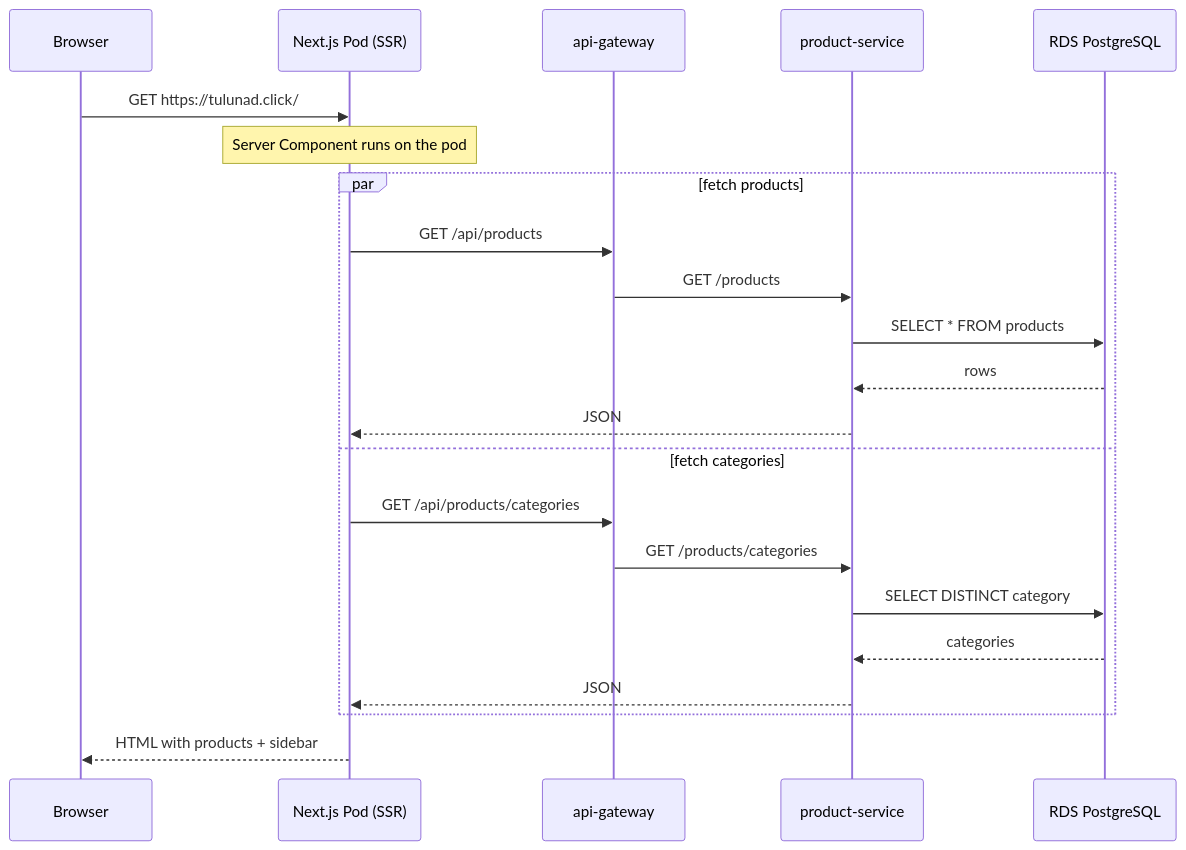
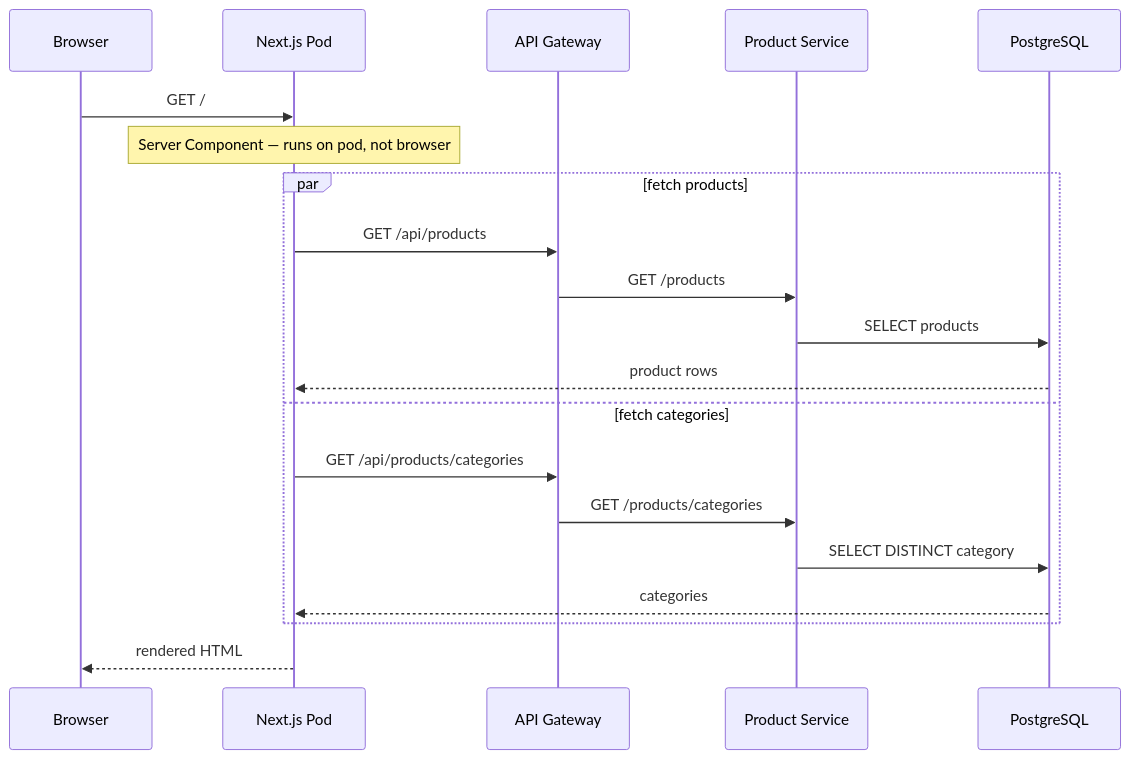
Before and after one commit to Nidhi-S12/cloudmart-frontend: the second of 5 diagrams in README.md, drawn with Mermaid. The commit also changed other lines of this file, not shown here.

Commit message:
docs: colored Mermaid diagrams, remove specific config values from diagrams

````diff
--- a/README.md
+++ b/README.md
@@ -66,25 +69,23 @@
 ```mermaid
 sequenceDiagram
     participant B as Browser
-    participant FE as Next.js Pod (SSR)
-    participant GW as api-gateway
-    participant PS as product-service
-    participant DB as RDS PostgreSQL
+    participant FE as Next.js Pod
+    participant GW as API Gateway
+    participant PS as Product Service
+    participant DB as PostgreSQL
 
-    B->>FE: GET https://tulunad.click/
-    Note over FE: Server Component runs on the pod
+    B->>FE: GET /
+    Note over FE: Server Component — runs on pod, not browser
     par fetch products
         FE->>GW: GET /api/products
         GW->>PS: GET /products
-        PS->>DB: SELECT * FROM products
-        DB-->>PS: rows
-        PS-->>FE: JSON
+        PS->>DB: SELECT products
+        DB-->>FE: product rows
     and fetch categories
         FE->>GW: GET /api/products/categories
         GW->>PS: GET /products/categories
         PS->>DB: SELECT DISTINCT category
-        DB-->>PS: categories
-        PS-->>FE: JSON
+        DB-->>FE: categories
     end
-    FE-->>B: HTML with products + sidebar
+    FE-->>B: rendered HTML
 ```
````
